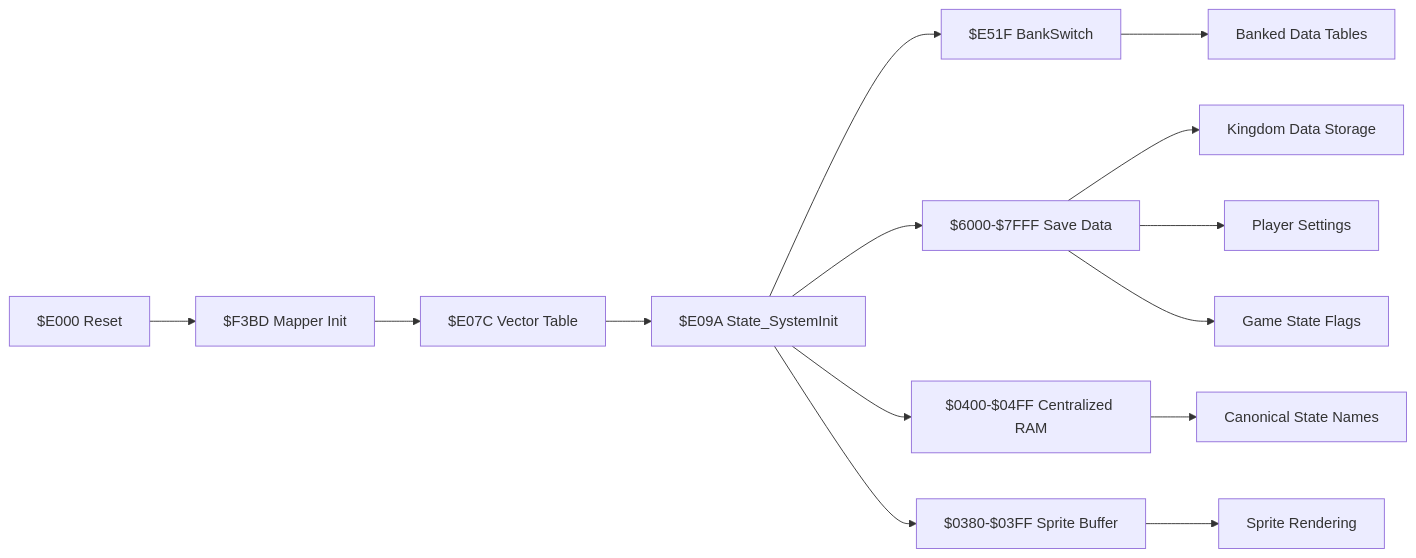
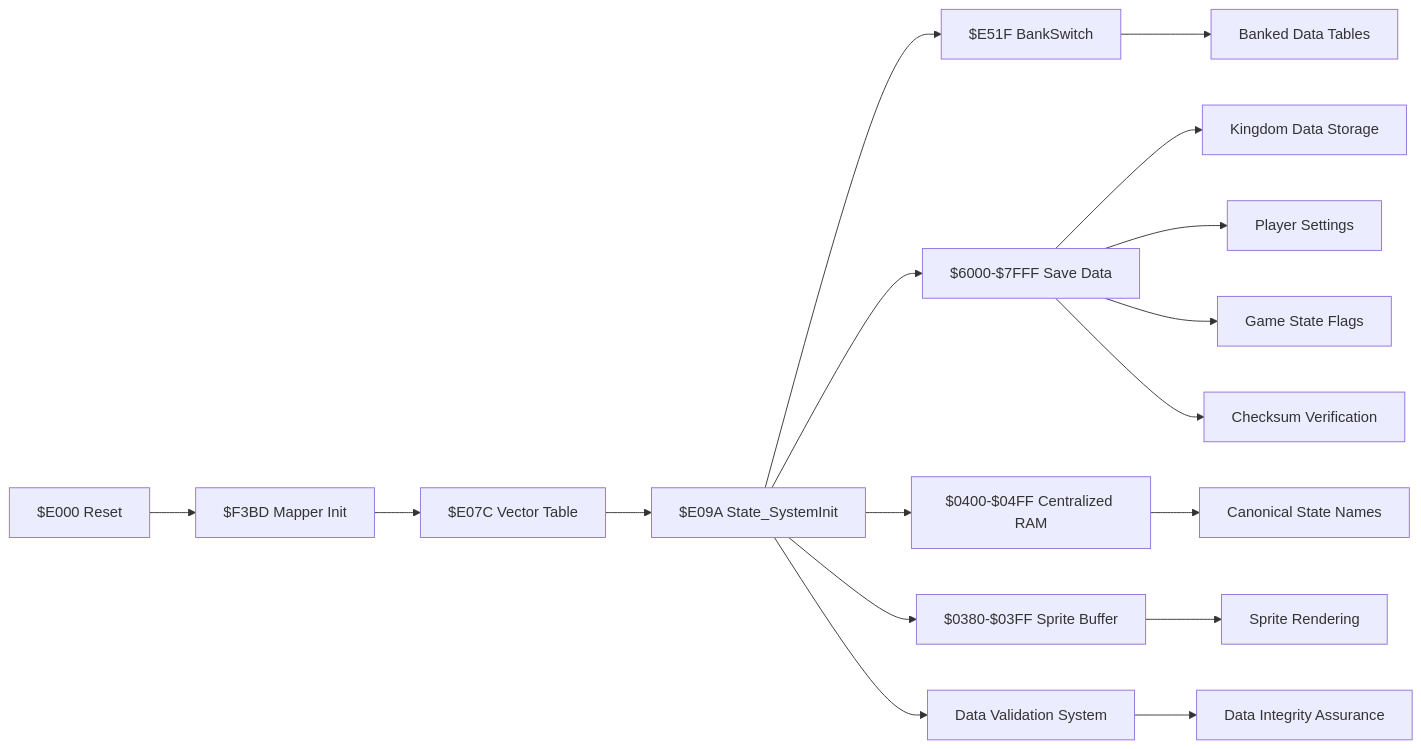
Diagram 12 of 12 in .qoder/repowiki/en/content/Data Access and Memory Management/Data Access and Memory Management.md (rabbyzero/sango2dasm), drawn with Mermaid before and after one commit. The commit also changed other lines of this file and 5 other files, not shown here.

````diff
--- a/.qoder/repowiki/en/content/Data Access and Memory Management/Data Access and Memory Management.md
+++ b/.qoder/repowiki/en/content/Data Access and Memory Management/Data Access and Memory Management.md
@@ -482,16 +653,19 @@
 ```mermaid
 graph LR
 Reset["$E000 Reset"] --> MapperInit["$F3BD Mapper Init"]
 MapperInit --> Dispatch["$E07C Vector Table"]
 Dispatch --> State0["$E09A State_SystemInit"]
 State0 --> BankSwitch["$E51F BankSwitch"]
 BankSwitch --> PRGTables["Banked Data Tables"]
 State0 --> SRAM["$6000-$7FFF Save Data"]
 State0 --> GlobalRAM["$0400-$04FF Centralized RAM"]
 State0 --> OAMBuffer["$0380-$03FF Sprite Buffer"]
+State0 --> Validation["Data Validation System"]
 GlobalRAM --> CanonicalNames["Canonical State Names"]
 SRAM --> KingdomData["Kingdom Data Storage"]
 SRAM --> PlayerSettings["Player Settings"]
 SRAM --> GameStateFlags["Game State Flags"]
+SRAM --> ChecksumVerify["Checksum Verification"]
 OAMBuffer --> SpriteRendering["Sprite Rendering"]
+Validation --> IntegrityCheck["Data Integrity Assurance"]
 ```
````
